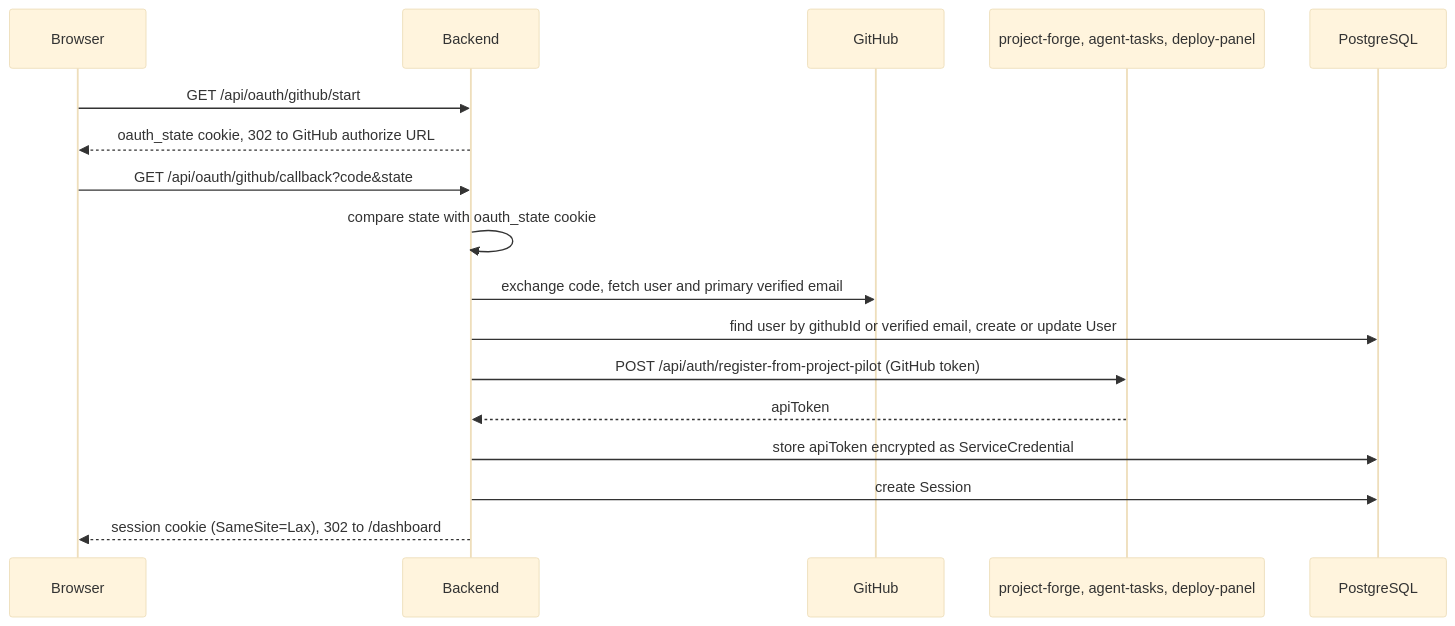
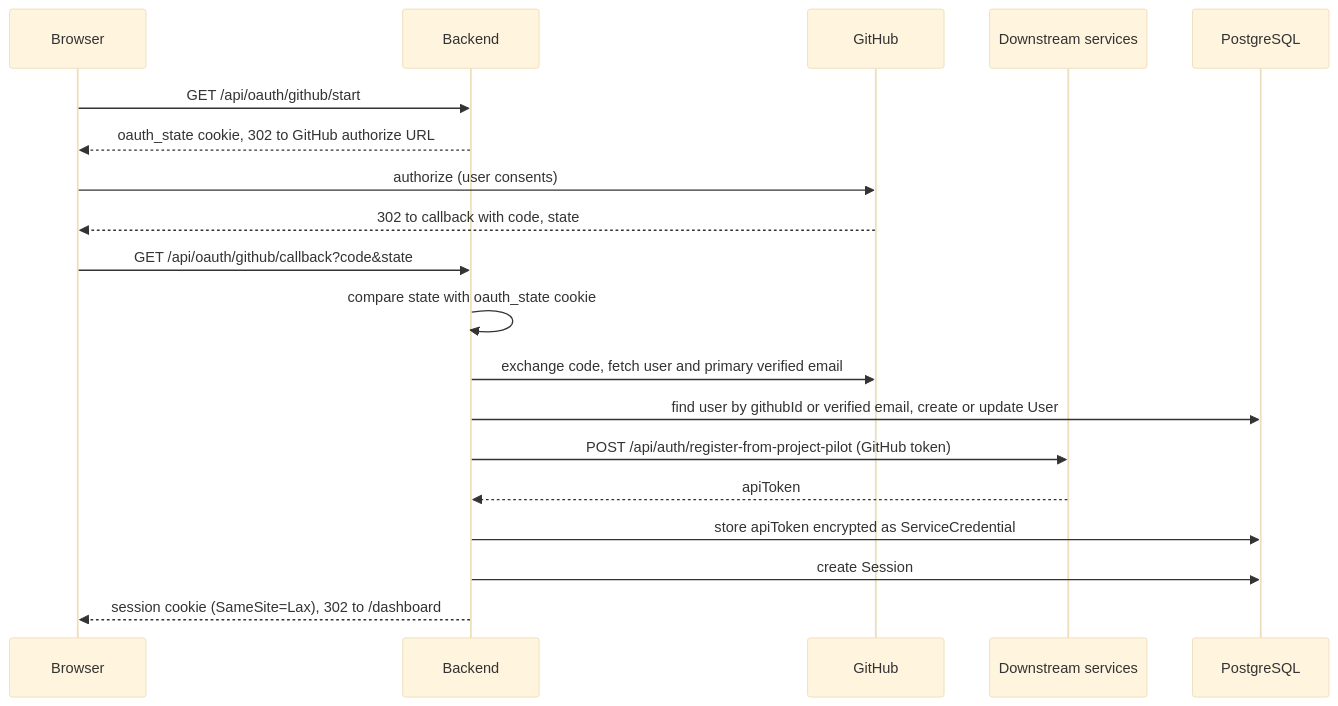
Before and after one commit to LanNguyenSi/project-pilot: the diagram in docs/configuration.md, drawn with Mermaid (base theme). The commit also changed 3 other files, not shown here.

````diff
--- a/docs/configuration.md
+++ b/docs/configuration.md
@@ -42,19 +42,21 @@
 ```mermaid
 sequenceDiagram
   participant B as Browser
   participant P as Backend
   participant G as GitHub
-  participant M as project-forge, agent-tasks, deploy-panel
+  participant M as Downstream services
   participant D as PostgreSQL
   B->>P: GET /api/oauth/github/start
   P-->>B: oauth_state cookie, 302 to GitHub authorize URL
+  B->>G: authorize (user consents)
+  G-->>B: 302 to callback with code, state
   B->>P: GET /api/oauth/github/callback?code&state
   P->>P: compare state with oauth_state cookie
   P->>G: exchange code, fetch user and primary verified email
   P->>D: find user by githubId or verified email, create or update User
   P->>M: POST /api/auth/register-from-project-pilot (GitHub token)
   M-->>P: apiToken
   P->>D: store apiToken encrypted as ServiceCredential
   P->>D: create Session
   P-->>B: session cookie (SameSite=Lax), 302 to /dashboard
 ```
````
